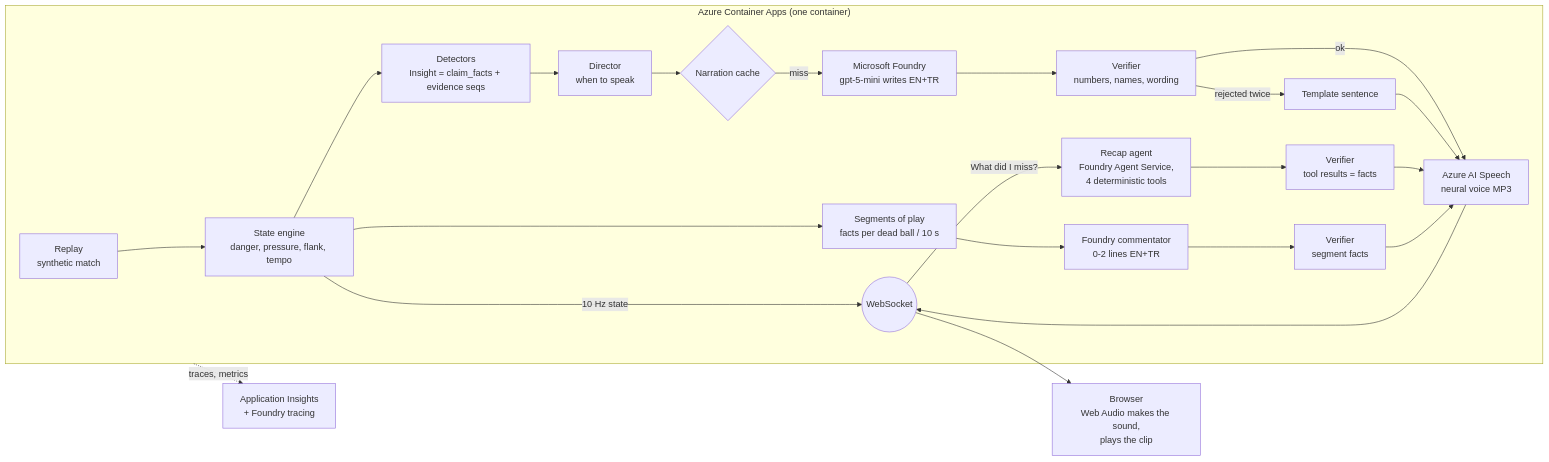
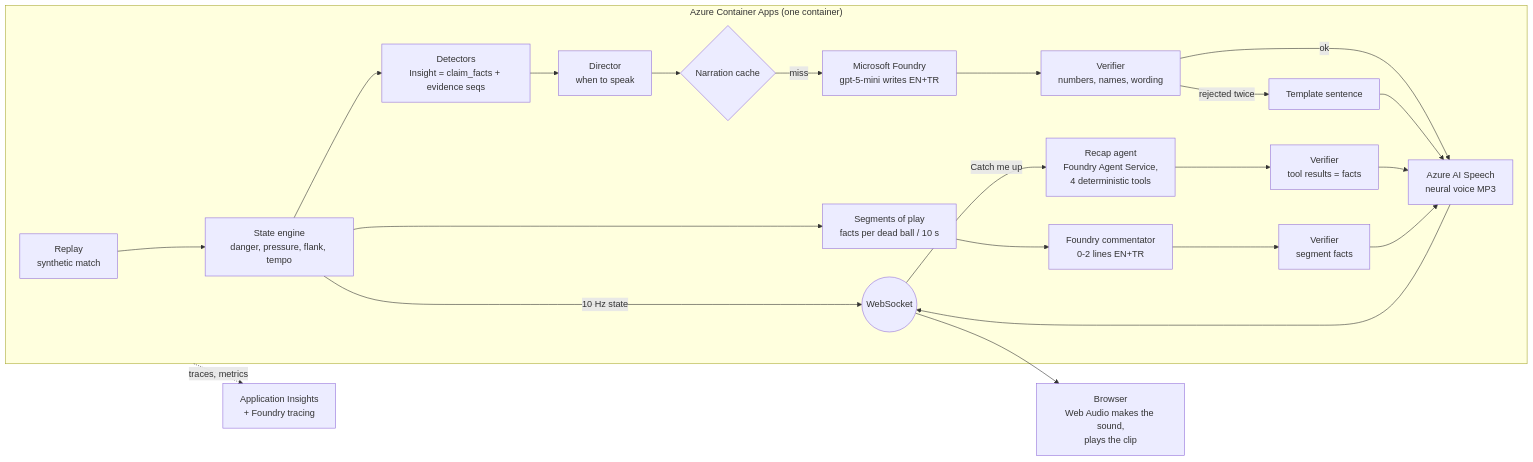
Before and after one commit to klckerim/hear-the-game: the diagram in README.md, drawn with Mermaid. The commit also changed other lines of this file, not shown here.

````diff
--- a/README.md
+++ b/README.md
@@ -157,24 +55,24 @@
 ```mermaid
 flowchart LR
   subgraph Server["Azure Container Apps (one container)"]
     R[Replay<br/>synthetic match] --> S[State engine<br/>danger, pressure, flank, tempo]
     S -->|10 Hz state| WS((WebSocket))
     S --> D[Detectors<br/>Insight = claim_facts + evidence seqs]
     D --> DIR[Director<br/>when to speak]
     DIR --> C{Narration cache}
     C -- miss --> F[Microsoft Foundry<br/>gpt-5-mini writes EN+TR]
     F --> V[Verifier<br/>numbers, names, wording]
     V -- rejected twice --> T[Template sentence]
     V -- ok --> SP[Azure AI Speech<br/>neural voice MP3]
     T --> SP
     SP --> WS
-    WS -- What did I miss? --> RA[Recap agent<br/>Foundry Agent Service,<br/>4 deterministic tools]
+    WS -- Catch me up --> RA[Recap agent<br/>Foundry Agent Service,<br/>4 deterministic tools]
     RA --> RV[Verifier<br/>tool results = facts]
     RV --> SP
     S --> SEG[Segments of play<br/>facts per dead ball / 10 s]
     SEG --> CM[Foundry commentator<br/>0-2 lines EN+TR]
     CM --> CV[Verifier<br/>segment facts] --> SP
   end
   WS --> B[Browser<br/>Web Audio makes the sound,<br/>plays the clip]
   Server -. traces, metrics .-> AI[Application Insights<br/>+ Foundry tracing]
 ```
````
